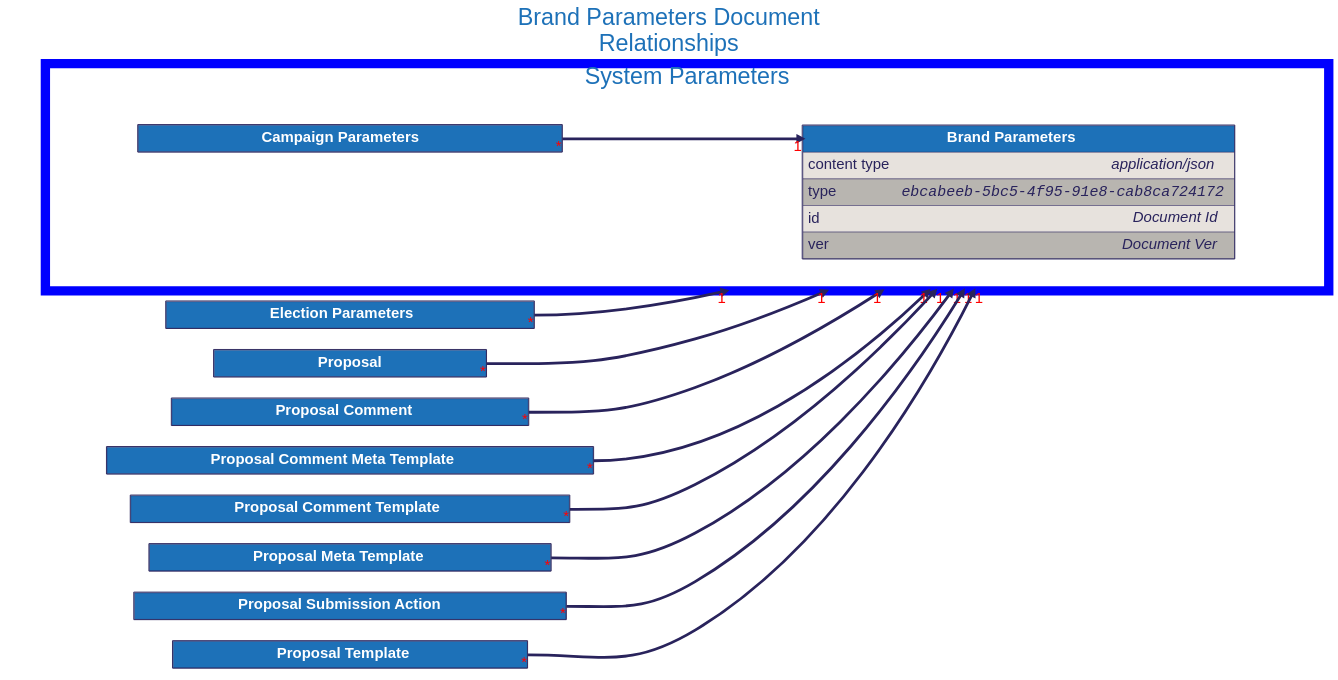
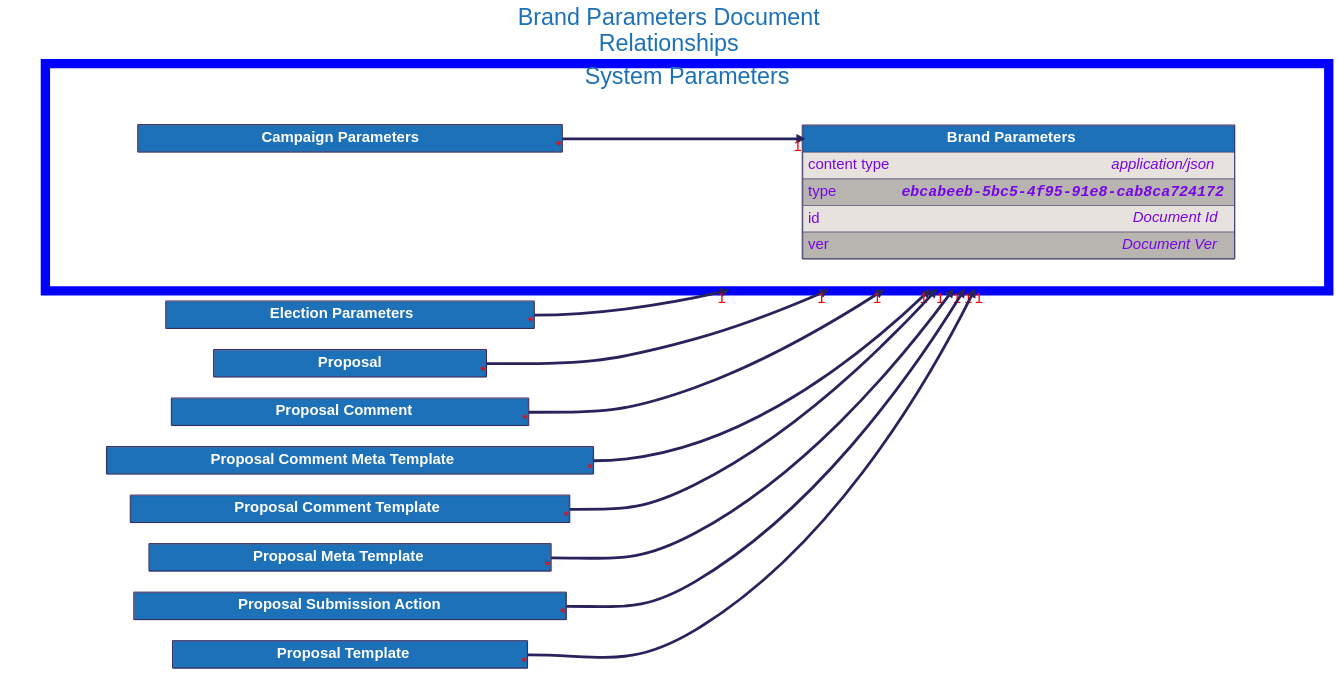
The diagram in docs/src/architecture/08_concepts/signed_doc/diagrams/brand_parameters.dot (input-output-hk/catalyst-libs), drawn with Graphviz before and after one commit. The commit also changed 15 other files, not shown here.

```diff
--- a/docs/src/architecture/08_concepts/signed_doc/diagrams/brand_parameters.dot
+++ b/docs/src/architecture/08_concepts/signed_doc/diagrams/brand_parameters.dot
@@ -31,8 +31,8 @@
                     <TD ALIGN="LEFT" PORT="content type" BGCOLOR="#e7e2dd">
                         <TABLE CELLPADDING="0" CELLSPACING="0" BORDER="0">
                             <TR>
-                                <TD ALIGN="LEFT" VALIGN="TOP" WIDTH="200"><FONT>content type</FONT></TD>
-                                <TD ALIGN="RIGHT"><FONT><I>application/json</I></FONT></TD>
+                                <TD ALIGN="LEFT" VALIGN="TOP" WIDTH="200"><FONT COLOR="#7706E5">content type</FONT></TD>
+                                <TD ALIGN="RIGHT"><FONT COLOR="#7706E5"><I>application/json</I></FONT></TD>
                             </TR>
                         </TABLE>
                     </TD>
@@ -41,8 +41,8 @@
                     <TD ALIGN="LEFT" PORT="type" BGCOLOR="#b8b5b0">
                         <TABLE CELLPADDING="0" CELLSPACING="0" BORDER="0">
                             <TR>
-                                <TD ALIGN="LEFT" VALIGN="TOP" WIDTH="200"><FONT>type</FONT></TD>
-                                <TD ALIGN="RIGHT"><FONT FACE="Courier"><I>ebcabeeb-5bc5-4f95-91e8-cab8ca724172</I></FONT></TD>
+                                <TD ALIGN="LEFT" VALIGN="TOP" WIDTH="200"><FONT COLOR="#7706E5">type</FONT></TD>
+                                <TD ALIGN="RIGHT"><FONT FACE="Courier" COLOR="#7706E5"><B><I>ebcabeeb-5bc5-4f95-91e8-cab8ca724172</I></B></FONT></TD>
                             </TR>
                         </TABLE>
                     </TD>
@@ -51,8 +51,8 @@
                     <TD ALIGN="LEFT" PORT="id" BGCOLOR="#e7e2dd">
                         <TABLE CELLPADDING="0" CELLSPACING="0" BORDER="0">
                             <TR>
-                                <TD ALIGN="LEFT" VALIGN="TOP" WIDTH="200"><FONT>id</FONT></TD>
-                                <TD ALIGN="RIGHT"><FONT><I>Document Id</I></FONT></TD>
+                                <TD ALIGN="LEFT" VALIGN="TOP" WIDTH="200"><FONT COLOR="#7706E5">id</FONT></TD>
+                                <TD ALIGN="RIGHT"><FONT COLOR="#7706E5"><I>Document Id</I></FONT></TD>
                             </TR>
                         </TABLE>
                     </TD>
@@ -61,8 +61,8 @@
                     <TD ALIGN="LEFT" PORT="ver" BGCOLOR="#b8b5b0">
                         <TABLE CELLPADDING="0" CELLSPACING="0" BORDER="0">
                             <TR>
-                                <TD ALIGN="LEFT" VALIGN="TOP" WIDTH="200"><FONT>ver</FONT></TD>
-                                <TD ALIGN="RIGHT"><FONT><I>Document Ver</I></FONT></TD>
+                                <TD ALIGN="LEFT" VALIGN="TOP" WIDTH="200"><FONT COLOR="#7706E5">ver</FONT></TD>
+                                <TD ALIGN="RIGHT"><FONT COLOR="#7706E5"><I>Document Ver</I></FONT></TD>
                             </TR>
                         </TABLE>
                     </TD>
```
